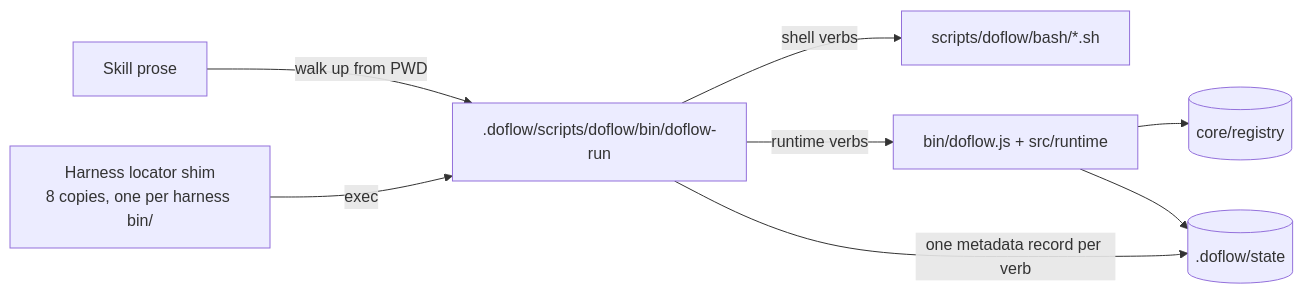
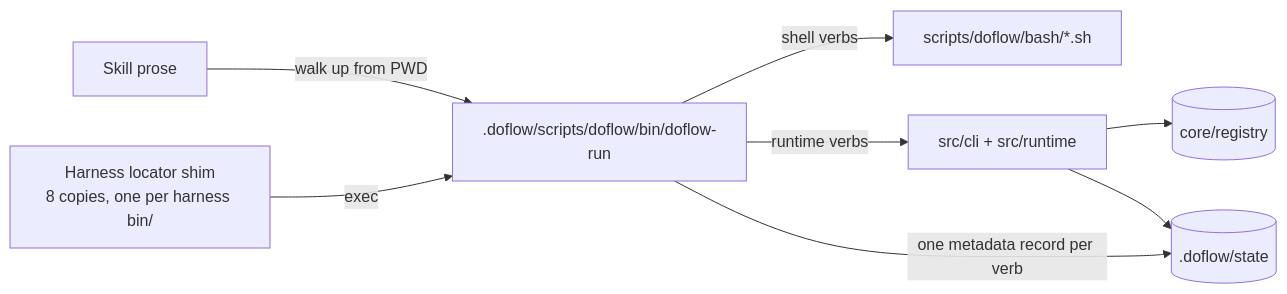
Before and after one commit to khoavu882/do-flow: the third of 4 diagrams in docs/architecture.md, drawn with Mermaid. The commit also changed other lines of this file and 18 other files, not shown here.

First line of the commit message:
refactor(cli): extract command handlers from bin monolith into src/cli

````diff
--- a/docs/architecture.md
+++ b/docs/architecture.md
@@ -98,10 +99,10 @@
 ```mermaid
 flowchart LR
     Skill[Skill prose] -->|walk up from PWD| Dispatch[.doflow/scripts/doflow/bin/doflow-run]
     Locator[Harness locator shim\n8 copies, one per harness bin/] -->|exec| Dispatch
     Dispatch -->|shell verbs| Bash[scripts/doflow/bash/*.sh]
-    Dispatch -->|runtime verbs| Node[bin/doflow.js + src/runtime]
+    Dispatch -->|runtime verbs| Node[src/cli + src/runtime]
     Node --> Reg[(core/registry)]
     Node --> St[(.doflow/state)]
     Dispatch -->|one metadata record per verb| St
 ```
````
